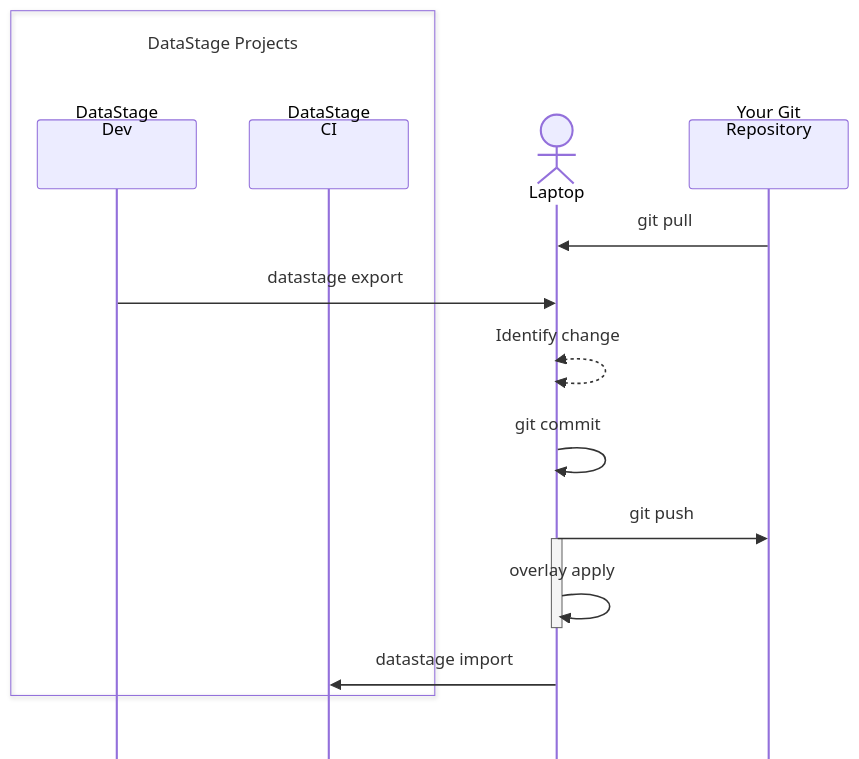
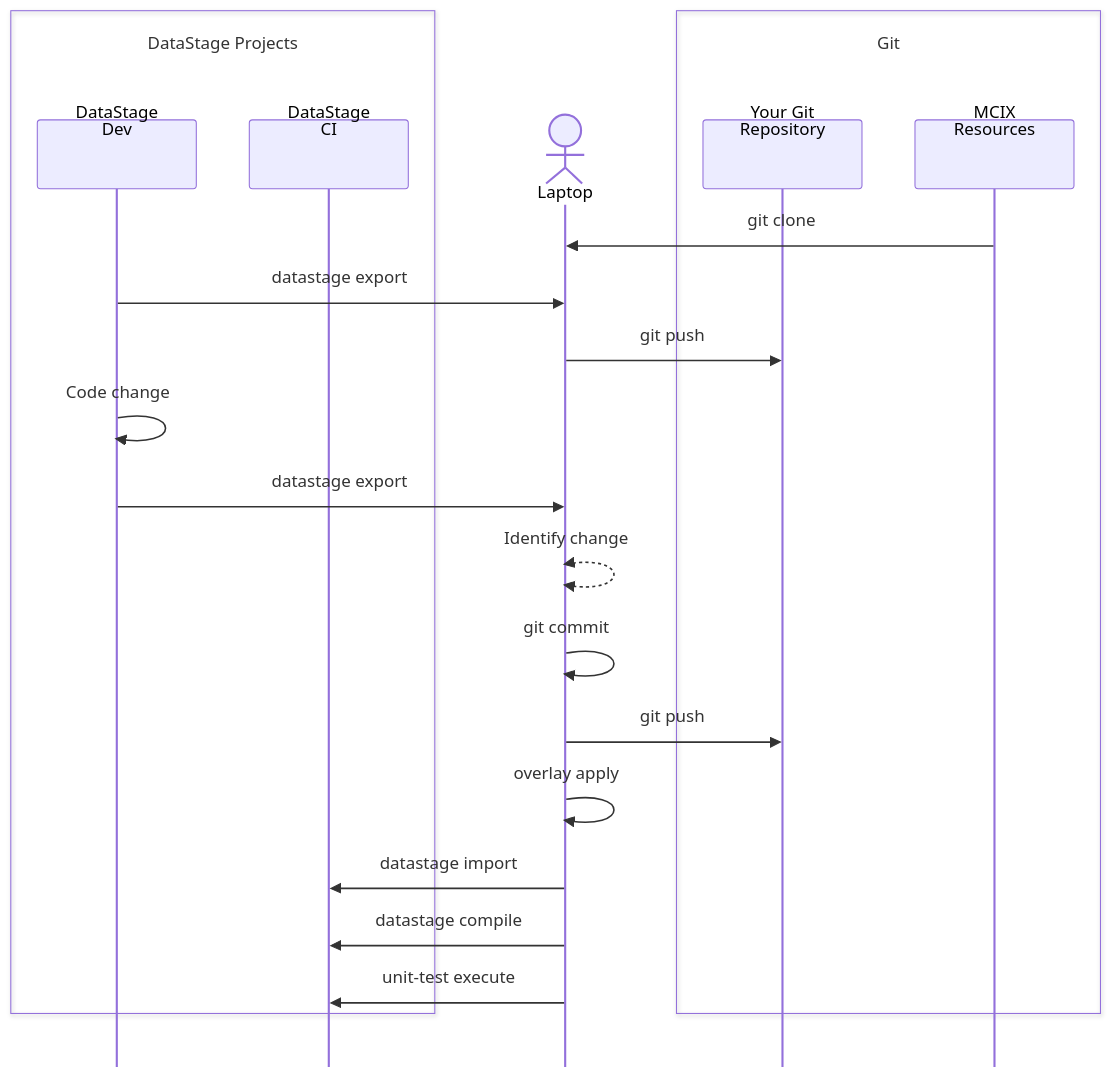
The diagram in _pages/command-line/tutorial-steps.md (MettleCI/mcix-cli), drawn with Mermaid before and after one commit. The commit also changed other lines of this file and 3 other files, not shown here.

````diff
--- a/_pages/command-line/tutorial-steps.md
+++ b/_pages/command-line/tutorial-steps.md
@@ -66,43 +66,49 @@
 ```mermaid
 %%{init: {'sequence': {'diagramMarginY': 50, 'mirrorActors': false}}}%%
 sequenceDiagram
     %% ------------
     %% PARTICIPANTS
     %% ------------
-    %%participant MCIX as MCIX<br/>Resources<br/><br/><br/><br/>
     box DataStage Projects<br/><br/><br/>
       participant DSDEV as DataStage<br/>Dev<br/><br/><br/><br/>
       participant DSCI as DataStage<br/>CI<br/><br/><br/><br/>
     end
     actor Laptop as Laptop
-    participant Git as Your Git<br/>Repository<br/><br/><br/><br/>
+    box Git<br/><br/><br/>
+      participant Git as Your Git<br/>Repository<br/><br/><br/><br/>
+      participant MCIX as MCIX<br/>Resources<br/><br/><br/><br/>
+    end
 
     %% -----
     %% SETUP
     %% -----
-    Git->>Laptop: git pull
+    MCIX->>Laptop: git clone
     DSDEV->>Laptop: datastage export
+    Laptop->>Git: git push
 
     %% --------
     %% GIT PUSH
     %% --------
+    DSDEV->>DSDEV: Code change
+    DSDEV->>Laptop: datastage export
     Laptop<<-->>Laptop: Identify change
     Laptop->>Laptop: git commit
     Laptop->>Git: git push
 
     %% ------------
     %% OVERLAYS
     %% ------------
-    Activate Laptop
     Laptop->>Laptop: overlay apply
-    deactivate Laptop
 
     Laptop->>DSCI: datastage import
+    Laptop->>DSCI: datastage compile
+
+    Laptop->>DSCI: unit-test execute
 
     %% ASSET ANALYSIS
     %% Temporarily reemoved until supported by the tutorial
     %% MCIX->>Laptop: Asset Analysis Rules
     %% Activate Laptop
     %% Laptop->>Laptop: Asseet Analysis
     %% Deactivate Laptop
 ```
````
